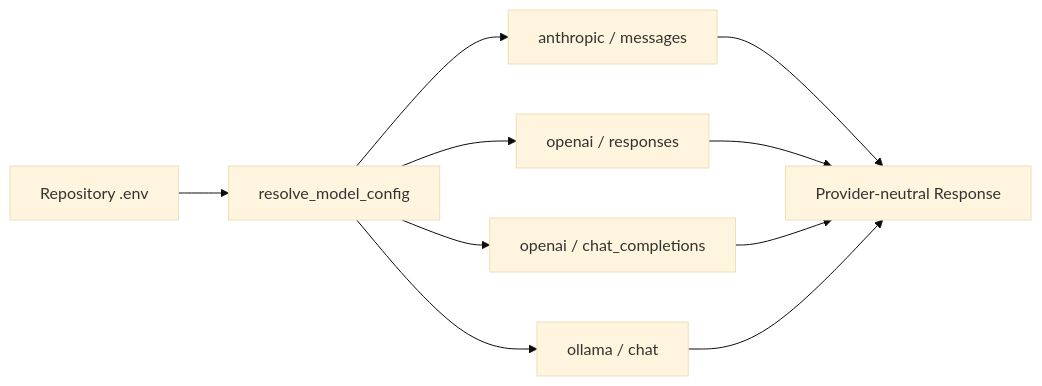
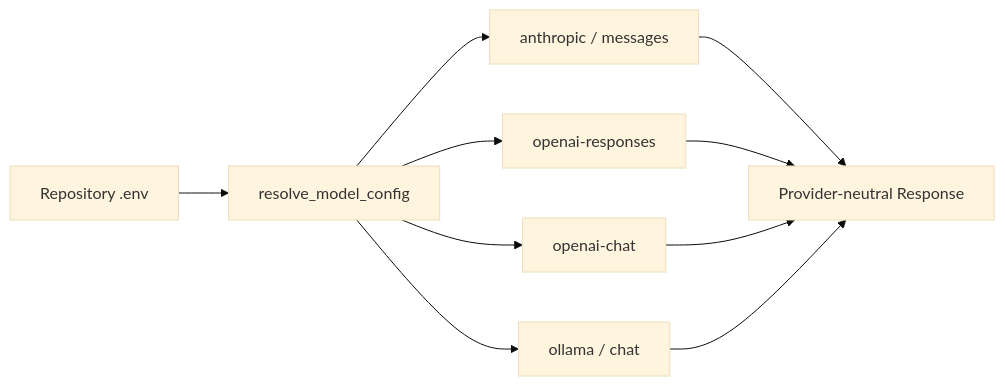
One commit to xiawiie/pony-code changed the diagram in README.md. Above: the diagram before and after it, drawn with Mermaid (base theme). The commit also changed other lines of this file and 14 other files, not shown here.

````diff
--- a/README.md
+++ b/README.md
@@ -194,12 +207,12 @@
 ```mermaid
 flowchart LR
     E["Repository .env"] --> R["resolve_model_config"]
     R --> A["anthropic / messages"]
-    R --> O1["openai / responses"]
-    R --> O2["openai / chat_completions"]
+    R --> O1["openai-responses"]
+    R --> O2["openai-chat"]
     R --> L["ollama / chat"]
     A --> F["Provider-neutral Response"]
     O1 --> F
     O2 --> F
     L --> F
 ```
````
